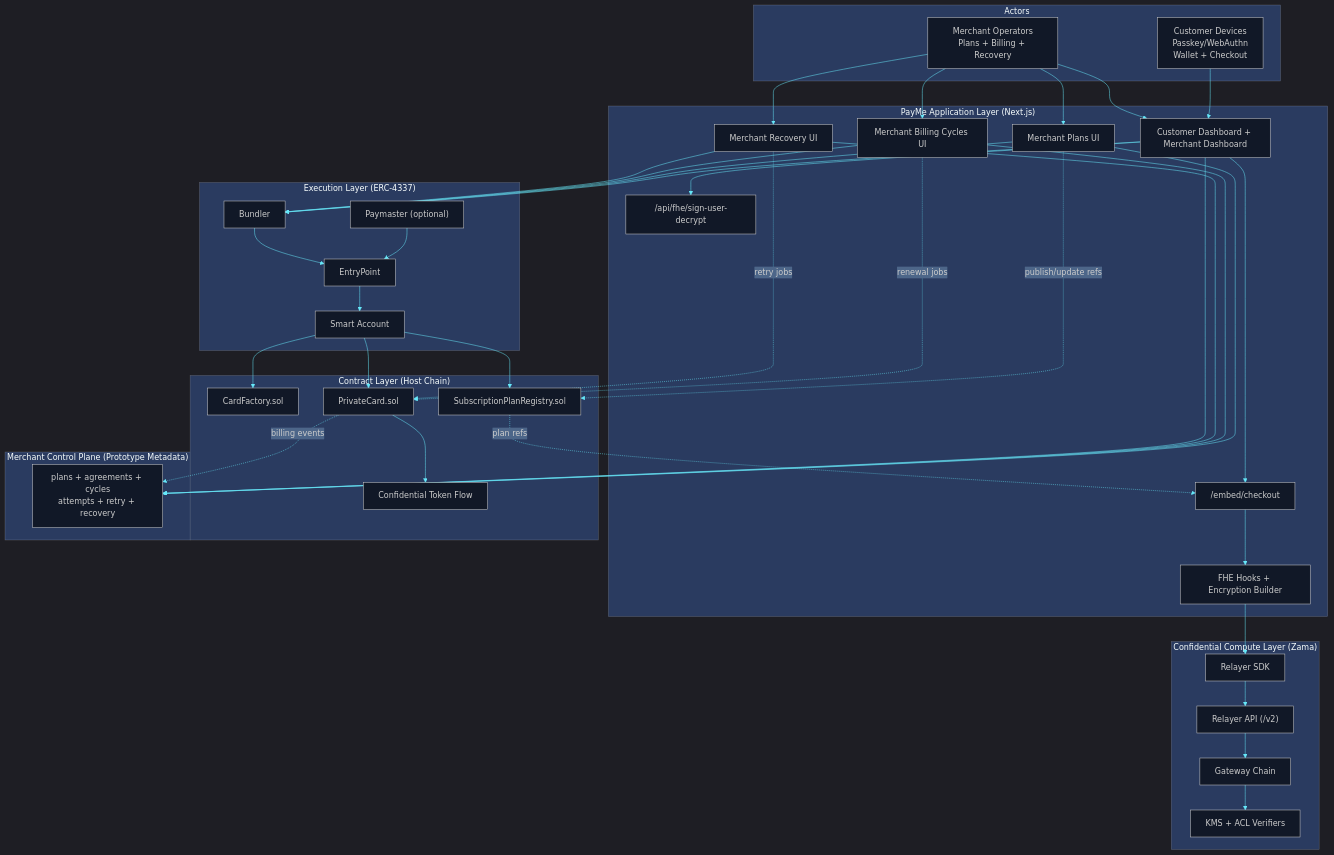
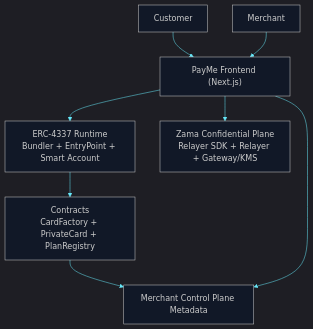
Before and after one commit to tekuuu/PayMe: the first of 3 diagrams in README.md, drawn with Mermaid. The commit also changed other lines of this file, not shown here.

Commit message:
docs: simplify architecture diagrams and clarify core flows

````diff
--- a/README.md
+++ b/README.md
@@ -143,78 +143,19 @@
 ```mermaid
 %%{init: {'theme':'dark', 'themeVariables': { 'primaryColor':'#22d3ee', 'primaryTextColor':'#ffffff', 'primaryBorderColor':'#06b6d4', 'lineColor':'#67e8f9', 'secondaryColor':'#111827', 'tertiaryColor':'#1f2937', 'background':'#0b1220', 'mainBkg':'#111827', 'secondBkg':'#1f2937', 'labelBackground':'#1f2937', 'labelTextColor':'#ffffff'}}}%%
 flowchart TB
-    subgraph ACTORS["Actors"]
-      C["Customer Devices<br/>Passkey/WebAuthn<br/>Wallet + Checkout"]
-      M["Merchant Operators<br/>Plans + Billing + Recovery"]
-    end
-
-    subgraph APP["PayMe Application Layer (Next.js)"]
-      FE["Customer Dashboard + Merchant Dashboard"]
-      MP["Merchant Plans UI"]
-      MB["Merchant Billing Cycles UI"]
-      MR["Merchant Recovery UI"]
-      EMB["/embed/checkout"]
-      API["/api/fhe/sign-user-decrypt"]
-      FHEH["FHE Hooks + Encryption Builder"]
-    end
-
-    subgraph EXEC["Execution Layer (ERC-4337)"]
-      B["Bundler"]
-      EP["EntryPoint"]
-      SA["Smart Account"]
-      PM["Paymaster (optional)"]
-    end
-
-    subgraph FHE["Confidential Compute Layer (Zama)"]
-      SDK["Relayer SDK"]
-      REL["Relayer API (/v2)"]
-      GW["Gateway Chain"]
-      KMS["KMS + ACL Verifiers"]
-    end
-
-    subgraph CHAIN["Contract Layer (Host Chain)"]
-      CF["CardFactory.sol"]
-      PC["PrivateCard.sol"]
-      SPR["SubscriptionPlanRegistry.sol"]
-      TOK["Confidential Token Flow"]
-    end
-
-    subgraph OPS["Merchant Control Plane (Prototype Metadata)"]
-      MCP["plans + agreements + cycles<br/>attempts + retry + recovery"]
-    end
+    C["Customer"]
+    M["Merchant"]
+    FE["PayMe Frontend (Next.js)"]
+    AA["ERC-4337 Runtime<br/>Bundler + EntryPoint + Smart Account"]
+    CHAIN["Contracts<br/>CardFactory + PrivateCard + PlanRegistry"]
+    FHE["Zama Confidential Plane<br/>Relayer SDK + Relayer + Gateway/KMS"]
+    MCP["Merchant Control Plane Metadata"]
 
     C --> FE
     M --> FE
-    M --> MP
-    M --> MB
-    M --> MR
-    FE --> EMB
-    FE --> API
-    EMB --> FHEH
-    FHEH --> SDK
-    SDK --> REL
-    REL --> GW
-    GW --> KMS
-
-    FE --> B
-    MP --> B
-    MB --> B
-    MR --> B
-    PM --> EP
-    B --> EP
-    EP --> SA
-    SA --> CF
-    SA --> PC
-    SA --> SPR
-    PC --> TOK
-
-    MP --> MCP
-    MB --> MCP
-    MR --> MCP
+    FE --> AA
+    AA --> CHAIN
+    FE --> FHE
+    CHAIN --> MCP
     FE --> MCP
-    PC -. billing events .-> MCP
-    SPR -. plan refs .-> EMB
-    MP -. publish/update refs .-> SPR
-    MB -. renewal jobs .-> PC
-    MR -. retry jobs .-> PC
 ```
````
